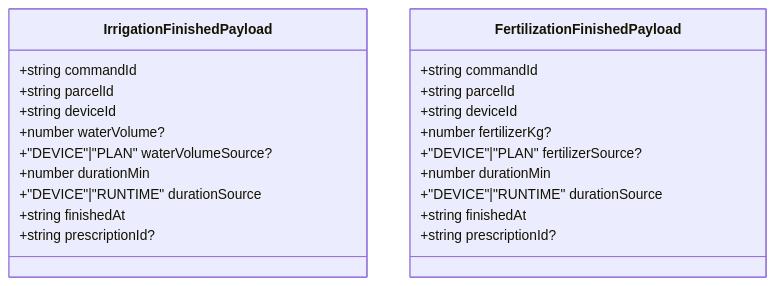
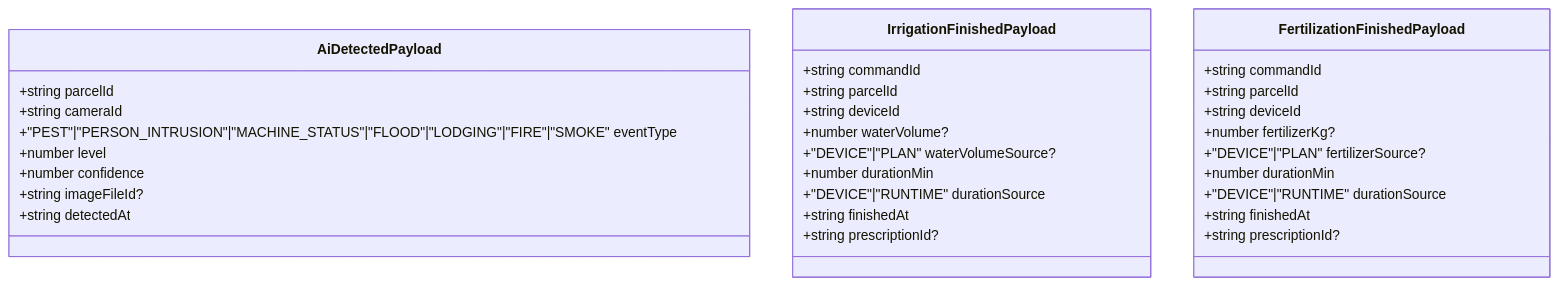
The sixth of 8 diagrams in .qoder/repowiki/zh/content/公共包文档/契约定义包 (@agri_contracts).md (q446328246/agri-platform), drawn with Mermaid before and after one commit. The commit also changed other lines of this file and 15 other files, not shown here.

````diff
--- a/.qoder/repowiki/zh/content/公共包文档/契约定义包 (@agri_contracts).md
+++ b/.qoder/repowiki/zh/content/公共包文档/契约定义包 (@agri_contracts).md
@@ -249,25 +322,34 @@
 ```mermaid
 classDiagram
+class AiDetectedPayload {
++string parcelId
++string cameraId
++"PEST"|"PERSON_INTRUSION"|"MACHINE_STATUS"|"FLOOD"|"LODGING"|"FIRE"|"SMOKE" eventType
++number level
++number confidence
++string imageFileId?
++string detectedAt
+}
 class IrrigationFinishedPayload {
 +string commandId
 +string parcelId
 +string deviceId
 +number waterVolume?
 +"DEVICE"|"PLAN" waterVolumeSource?
 +number durationMin
 +"DEVICE"|"RUNTIME" durationSource
 +string finishedAt
 +string prescriptionId?
 }
 class FertilizationFinishedPayload {
 +string commandId
 +string parcelId
 +string deviceId
 +number fertilizerKg?
 +"DEVICE"|"PLAN" fertilizerSource?
 +number durationMin
 +"DEVICE"|"RUNTIME" durationSource
 +string finishedAt
 +string prescriptionId?
 }
 ```
````
